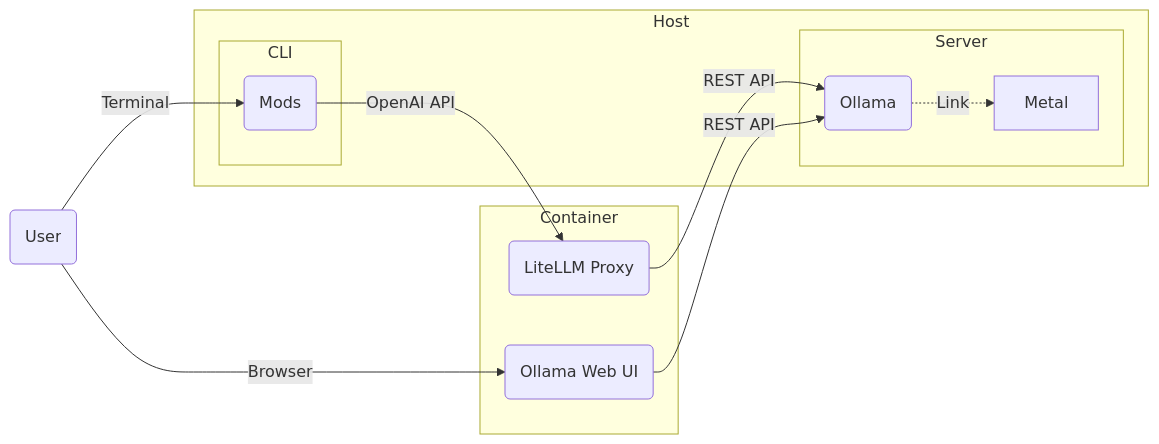
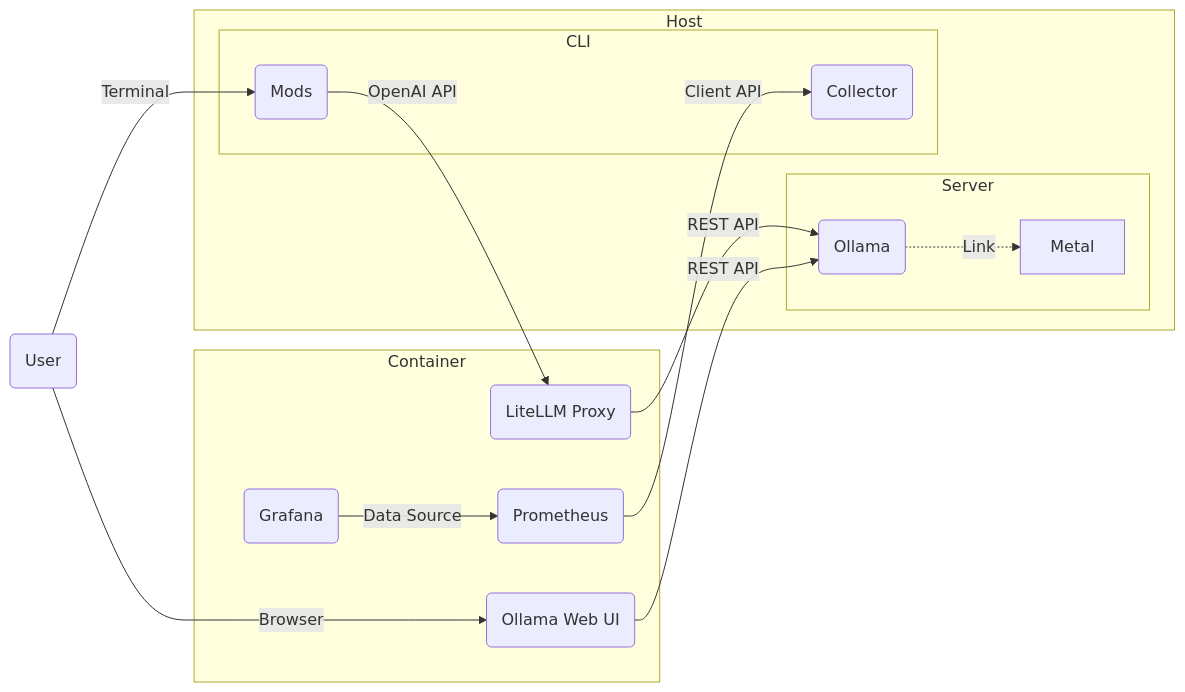
One commit to yeahdongcn/OllamaStack changed the diagram in README.md. Above: the diagram before and after it, drawn with Mermaid. The commit also changed other lines of this file and 7 other files, not shown here.

````diff
--- a/README.md
+++ b/README.md
@@ -18,22 +18,27 @@
 ```mermaid
 graph LR;
     subgraph Host
       subgraph CLI
         B(Mods)
+        G(Collector)
       end
       subgraph Server
         C(Ollama)
         D[Metal]
       end
     end
     subgraph Container
       E(LiteLLM Proxy)
       F(Ollama Web UI)
+      H(Prometheus)
+      I(Grafana)
     end
     A(User) --> |Terminal|B;
     A --> |Browser|F;
     B --> |OpenAI API|E;
     E --> |REST API|C;
     F --> |REST API|C;
     C-. Link .-> D;
+    H --> |Client API|G;
+    I --> |Data Source|H;
 ```
````
